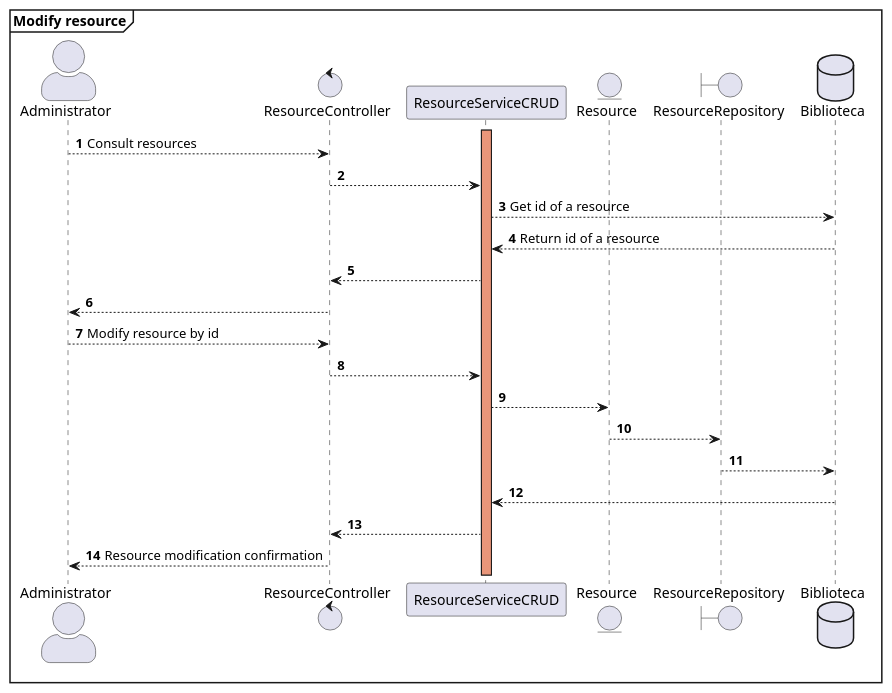
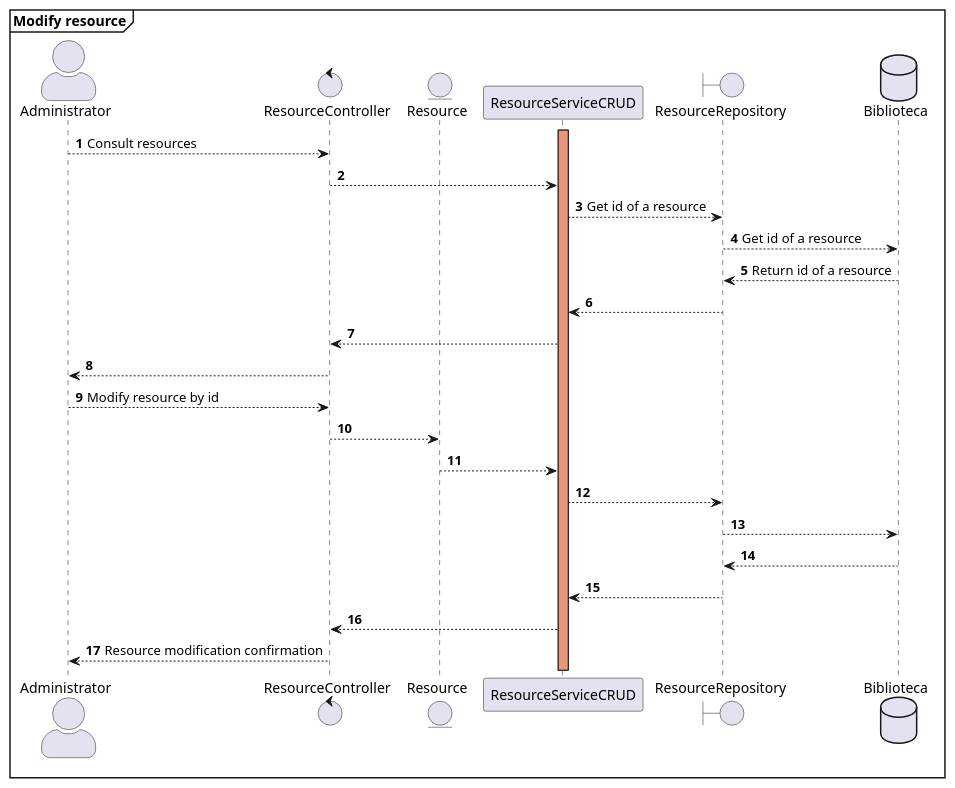
Before and after one commit to Yurday/Biblioteca-SBMongoDB: the diagram in src/main/java/com/example/biblioteca/DiagramsUML/ModifyResourceDS.puml, drawn with PlantUML. The commit also changed 1 other file, not shown here.

Commit message:
Complementación de los diagramas de secuencia

```diff
--- a/src/main/java/com/example/biblioteca/DiagramsUML/ModifyResourceDS.puml
+++ b/src/main/java/com/example/biblioteca/DiagramsUML/ModifyResourceDS.puml
@@ -1,31 +1,34 @@
 @startuml
 'https://plantuml.com/sequence-diagram
 
 autonumber
 skinparam actorStyle awesome
 mainframe **Modify resource**
 
 actor Administrator
 control ResourceController
+entity Resource
 participant "ResourceServiceCRUD" as ResourceServiceCRUD
 activate ResourceServiceCRUD #DarkSalmon
-entity Resource
 boundary ResourceRepository
 database Biblioteca
 
 Administrator --> ResourceController: Consult resources
 ResourceController --> ResourceServiceCRUD
-ResourceServiceCRUD --> Biblioteca: Get id of a resource
-Biblioteca --> ResourceServiceCRUD: Return id of a resource
+ResourceServiceCRUD --> ResourceRepository: Get id of a resource
+ResourceRepository --> Biblioteca: Get id of a resource
+Biblioteca --> ResourceRepository: Return id of a resource
+ResourceRepository --> ResourceServiceCRUD
 ResourceServiceCRUD --> ResourceController
 ResourceController --> Administrator
 Administrator --> ResourceController: Modify resource by id
-ResourceController --> ResourceServiceCRUD
-ResourceServiceCRUD --> Resource
-Resource --> ResourceRepository
+ResourceController --> Resource
+Resource --> ResourceServiceCRUD
+ResourceServiceCRUD --> ResourceRepository
 ResourceRepository --> Biblioteca
-Biblioteca --> ResourceServiceCRUD
+Biblioteca --> ResourceRepository
+ResourceRepository --> ResourceServiceCRUD
 ResourceServiceCRUD --> ResourceController
 ResourceController --> Administrator: Resource modification confirmation
 
 @enduml
```
